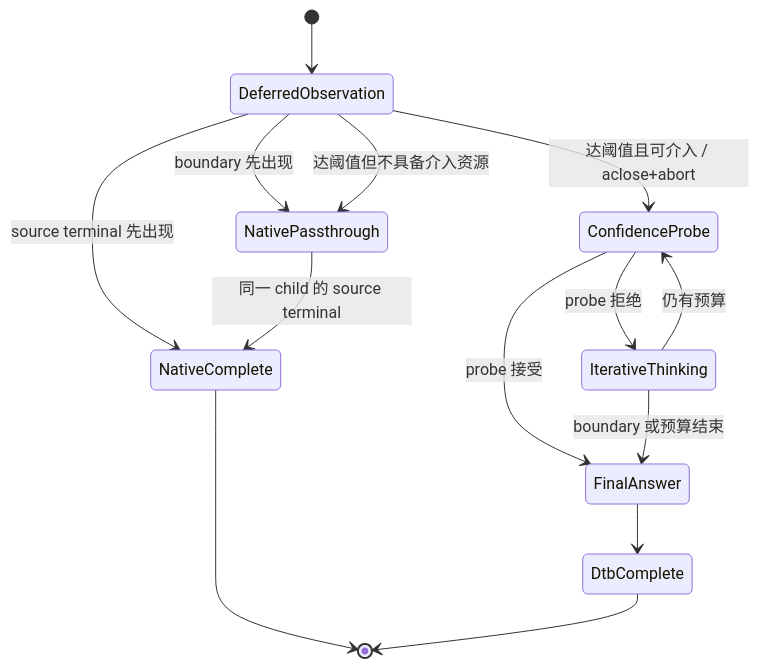
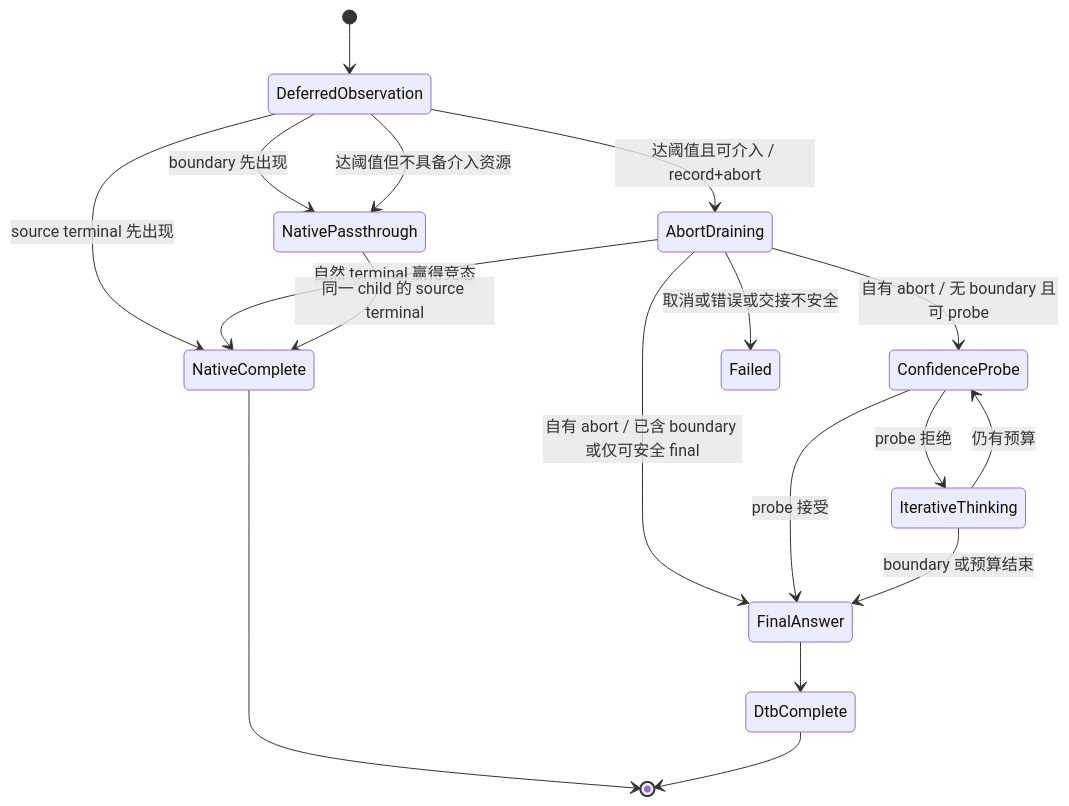
One commit to F00L42/TB changed the second of 2 diagrams in docs/design/dtb_minimum_intervention_threshold.md. Above: the diagram before and after it, drawn with Mermaid. The commit also changed other lines of this file and 15 other files, not shown here.

````diff
--- a/docs/design/dtb_minimum_intervention_threshold.md
+++ b/docs/design/dtb_minimum_intervention_threshold.md
@@ -161,16 +163,20 @@
 ```mermaid
 stateDiagram-v2
     [*] --> DeferredObservation
     DeferredObservation --> NativePassthrough: boundary 先出现
     DeferredObservation --> NativeComplete: source terminal 先出现
     DeferredObservation --> NativePassthrough: 达阈值但不具备介入资源
-    DeferredObservation --> ConfidenceProbe: 达阈值且可介入 / aclose+abort
+    DeferredObservation --> AbortDraining: 达阈值且可介入 / record+abort
+    AbortDraining --> ConfidenceProbe: 自有 abort / 无 boundary 且可 probe
+    AbortDraining --> FinalAnswer: 自有 abort / 已含 boundary 或仅可安全 final
+    AbortDraining --> NativeComplete: 自然 terminal 赢得竞态
+    AbortDraining --> Failed: 取消或错误或交接不安全
     NativePassthrough --> NativeComplete: 同一 child 的 source terminal
     ConfidenceProbe --> FinalAnswer: probe 接受
     ConfidenceProbe --> IterativeThinking: probe 拒绝
     IterativeThinking --> ConfidenceProbe: 仍有预算
     IterativeThinking --> FinalAnswer: boundary 或预算结束
     FinalAnswer --> DtbComplete
     NativeComplete --> [*]
     DtbComplete --> [*]
 ```
````
